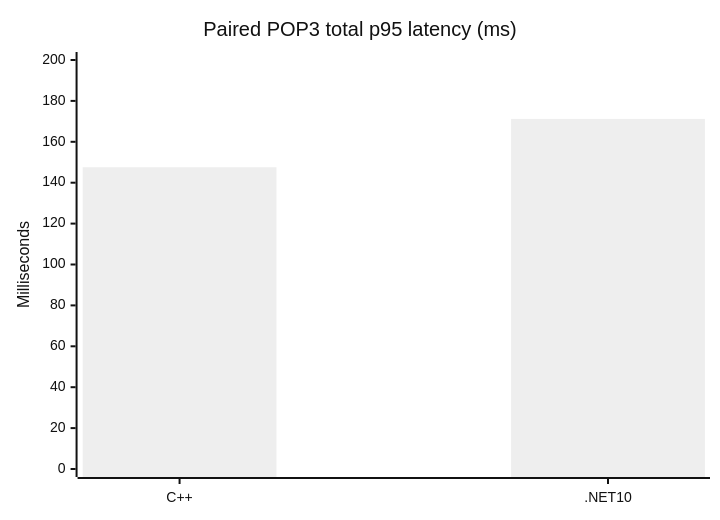
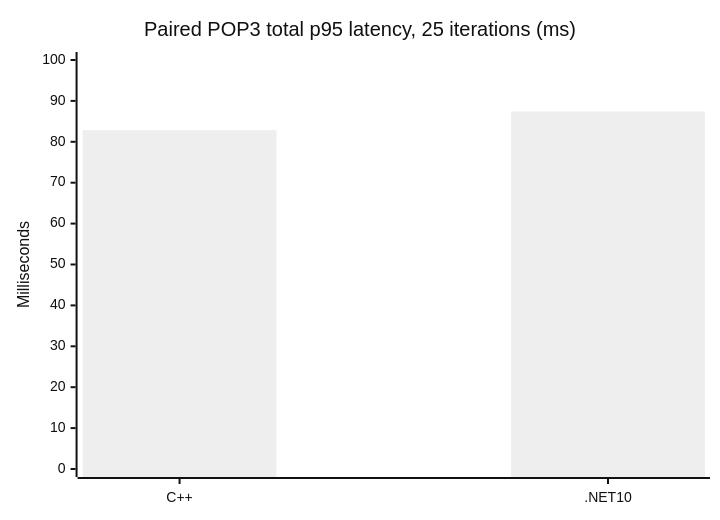
One commit to mk148a/hmailserver changed the first of 6 diagrams in hmailserver/source/Server.Net10/benchmarks/CPP_VS_NET10_PERFORMANCE_REPORT_20260901.md. Above: the diagram before and after it, drawn with Mermaid (neutral theme). The commit also changed other lines of this file and 5 other files, not shown here.

Commit message:
Document extended paired POP3 acceptance

````diff
--- a/hmailserver/source/Server.Net10/benchmarks/CPP_VS_NET10_PERFORMANCE_REPORT_20260901.md
+++ b/hmailserver/source/Server.Net10/benchmarks/CPP_VS_NET10_PERFORMANCE_REPORT_20260901.md
@@ -175,7 +178,7 @@
 ```mermaid
 xychart-beta
-    title "Paired POP3 total p95 latency (ms)"
+    title "Paired POP3 total p95 latency, 25 iterations (ms)"
     x-axis [C++, .NET10]
-    y-axis "Milliseconds" 0 --> 200
-    bar [147.543, 171.199]
+    y-axis "Milliseconds" 0 --> 100
+    bar [82.854, 87.396]
 ```
````
